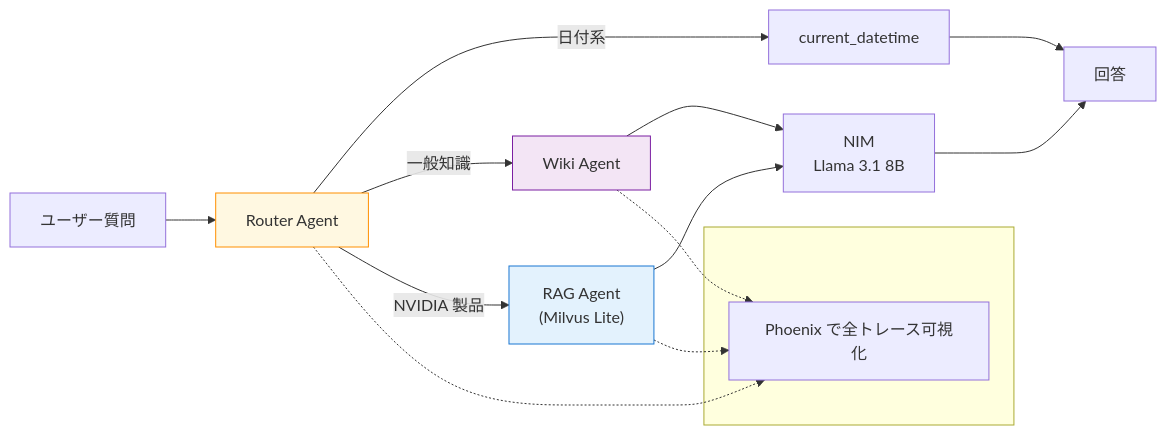
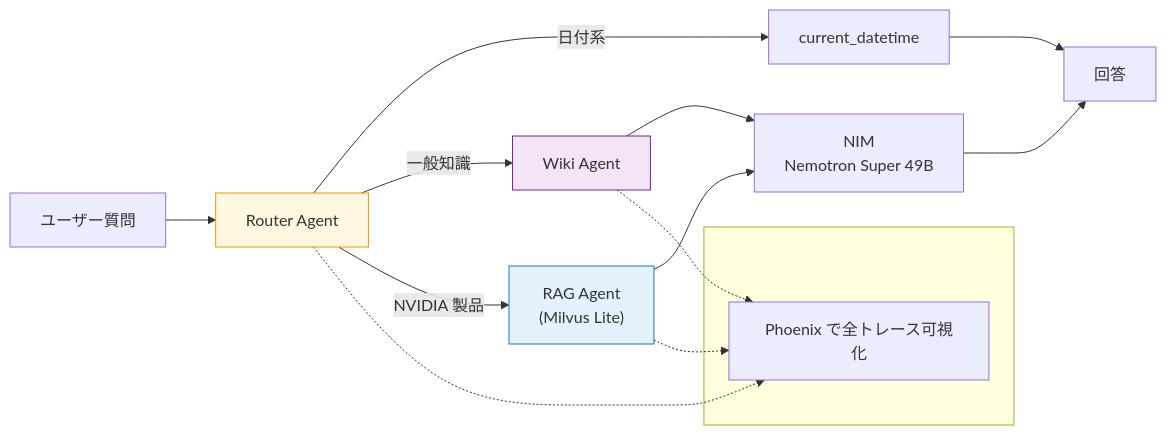
One commit to himorishige/zenn-contents changed the first of 2 diagrams in books/nemo-agent-toolkit-nim-handson/00-intro.md. Above: the diagram before and after it, drawn with Mermaid. The commit also changed other lines of this file and 7 other files, not shown here.

First line of the commit message:
docs(book/nat-handson): 全章の workflow LLM を Nemotron Super 49B に統一

````diff
--- a/books/nemo-agent-toolkit-nim-handson/00-intro.md
+++ b/books/nemo-agent-toolkit-nim-handson/00-intro.md
@@ -34,20 +34,20 @@
 ```mermaid
 graph LR
     U["ユーザー質問"] --> R["Router Agent"]
     R -->|日付系| D["current_datetime"]
     R -->|一般知識| W["Wiki Agent"]
     R -->|NVIDIA 製品| K["RAG Agent<br/>(Milvus Lite)"]
-    W --> LLM1["NIM<br/>Llama 3.1 8B"]
+    W --> LLM1["NIM<br/>Nemotron Super 49B"]
     K --> LLM1
     D --> O["回答"]
     LLM1 --> O
     subgraph Obs[" "]
         P["Phoenix で全トレース可視化"]
     end
     R -.-> P
     W -.-> P
     K -.-> P
     style R fill:#fff8e1,stroke:#ff8f00
     style K fill:#e3f2fd,stroke:#1976d2
     style W fill:#f3e5f5,stroke:#7b1fa2
 ```
````
